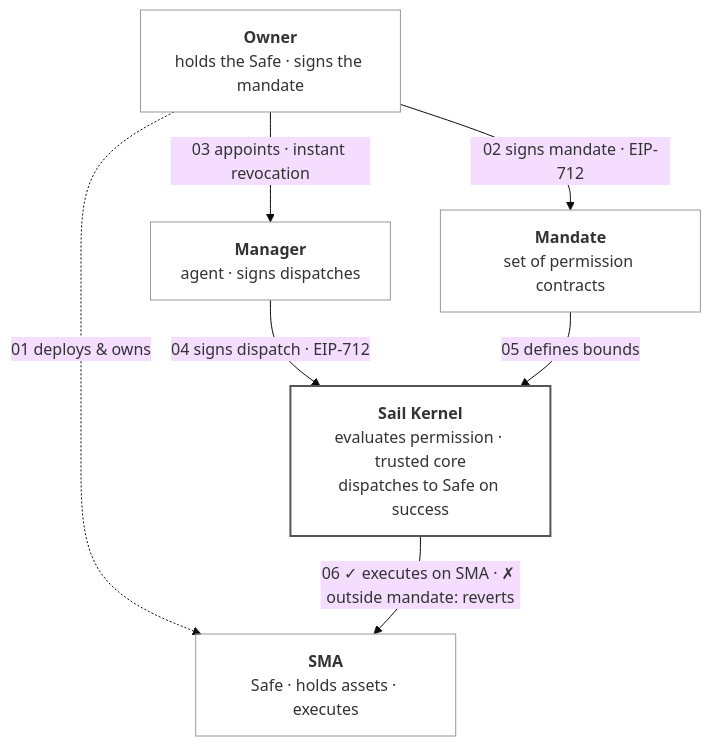
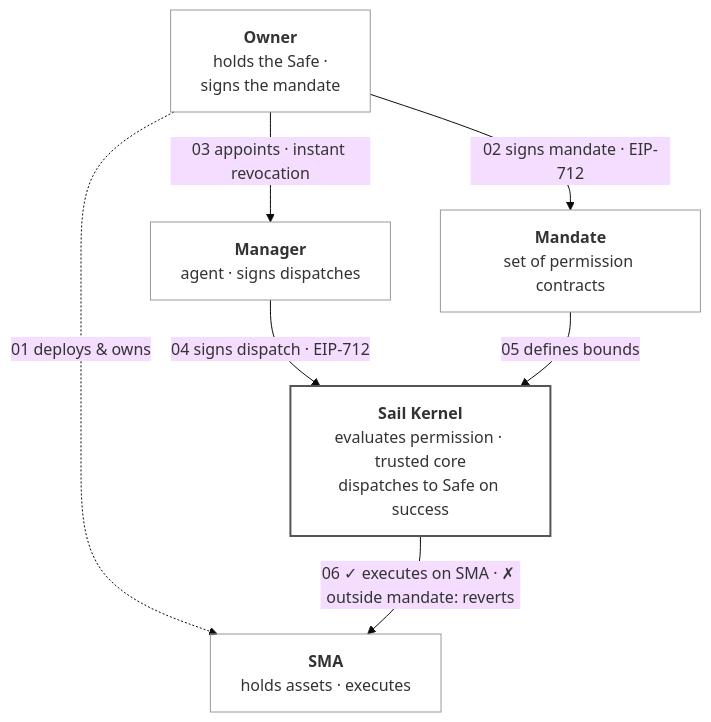
The diagram in README.md (sail-money/Protocol), drawn with Mermaid (base theme) before and after one commit.

Commit message:
docs(readme): fix Mermaid node subtitle text wrapping
Break Owner subtitle at mid-point so neither half is a single orphaned
word. Shorten SMA subtitle by removing redundant "Safe ·" prefix.

````diff
--- a/README.md
+++ b/README.md
@@ -13,25 +13,26 @@
 ```mermaid
 flowchart TD
     Owner["`**Owner**
-holds the Safe · signs the mandate`"]
+holds the Safe ·
+signs the mandate`"]
     Manager["`**Manager**
 agent · signs dispatches`"]
     Mandate["`**Mandate**
 set of permission contracts`"]
     Kernel["`**Sail Kernel**
 evaluates permission · trusted core
 dispatches to Safe on success`"]
     SMA["`**SMA**
-Safe · holds assets · executes`"]
+holds assets · executes`"]
 
     Owner -- "03 appoints · instant revocation" --> Manager
     Owner -- "02 signs mandate · EIP-712" --> Mandate
     Owner -. "01 deploys & owns" .-> SMA
     Manager -- "04 signs dispatch · EIP-712" --> Kernel
     Mandate -- "05 defines bounds" --> Kernel
     Kernel -- "06 ✓ executes on SMA · ✗ outside mandate: reverts" --> SMA
 
     classDef default fill:none,stroke:#999
     classDef kernelNode fill:none,stroke:#555,stroke-width:2px
     class Kernel kernelNode
 ```
````
